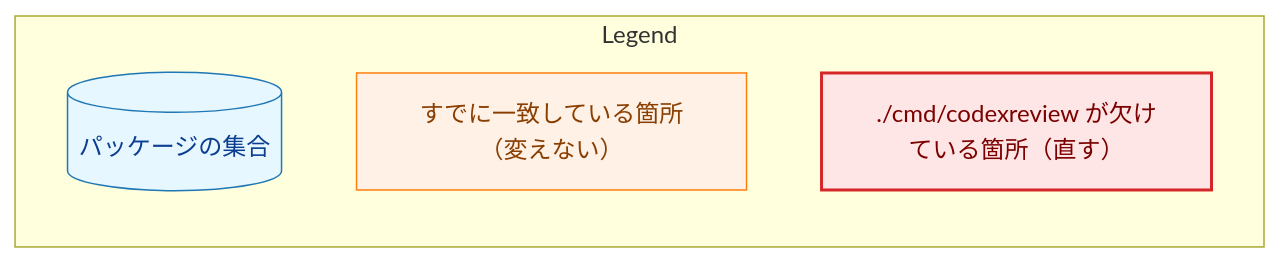
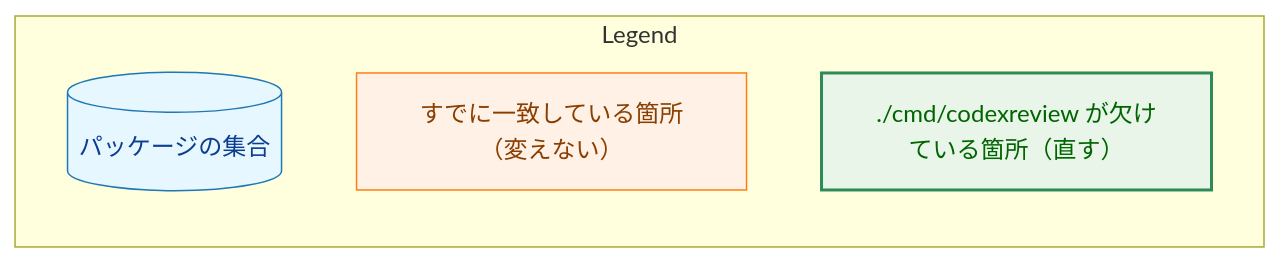
Before and after one commit to isseis/yt2column: the sixth of 10 diagrams in docs/tasks/0052_doc_test_pruning/02_architecture.md, drawn with Mermaid. The commit also changed other lines of this file, not shown here.

````diff
--- a/docs/tasks/0052_doc_test_pruning/02_architecture.md
+++ b/docs/tasks/0052_doc_test_pruning/02_architecture.md
@@ -234,16 +239,16 @@
 ```mermaid
 flowchart LR
     classDef data fill:#e6f7ff,stroke:#1f77b4,stroke-width:1px,color:#0b3d91;
     classDef process fill:#fff1e6,stroke:#ff7f0e,stroke-width:1px,color:#8a3e00;
-    classDef problem fill:#ffe6e6,stroke:#d62728,stroke-width:2px,color:#7b0000;
+    classDef enhanced fill:#e8f5e8,stroke:#2e8b57,stroke-width:2px,color:#006400;
 
     subgraph Legend["Legend"]
         L1[("パッケージの集合")]
         L2["すでに一致している箇所（変えない）"]
         L3["./cmd/codexreview が欠けている箇所（直す）"]
     end
 
     class L1 data
     class L2 process
-    class L3 problem
+    class L3 enhanced
 ```
````
